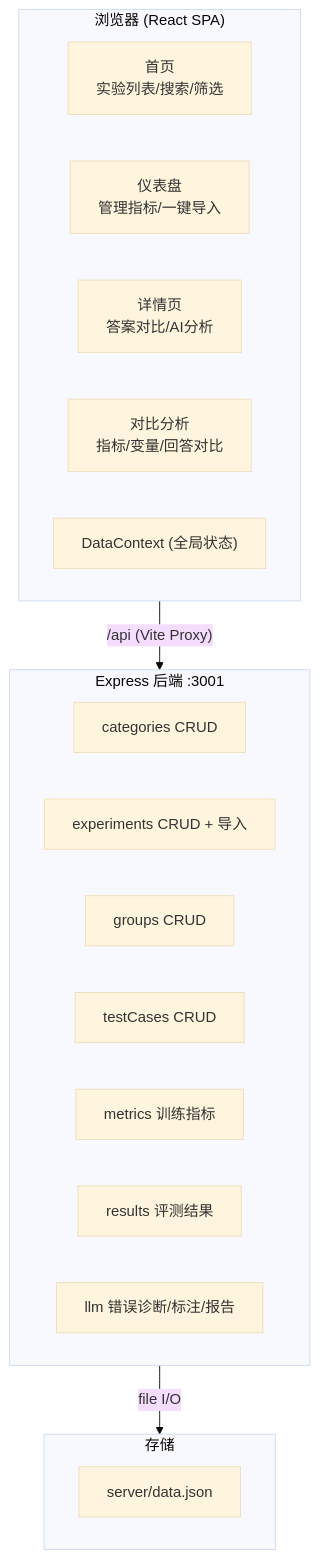
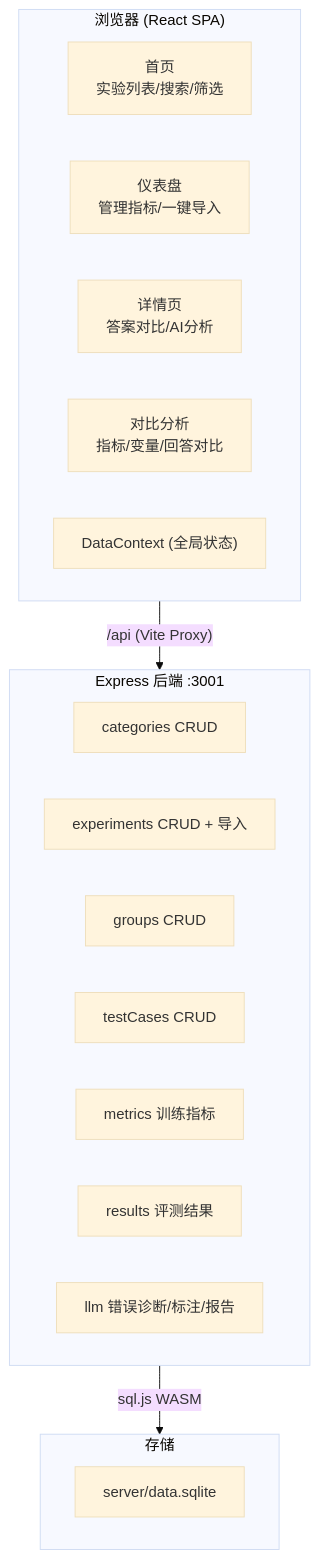
Before and after one commit to Haoguozhichi/corpus_dashboard: the first of 4 diagrams in DEVELOPMENT.md, drawn with Mermaid (base theme). The commit also changed other lines of this file and 7 other files, not shown here.

First line of the commit message:
feat: SQLite存储升级(sql.js WASM) + ComparePage hooks修复 + 文档更新

````diff
--- a/DEVELOPMENT.md
+++ b/DEVELOPMENT.md
@@ -41,27 +41,27 @@
 ```mermaid
 graph TB
     subgraph Browser["浏览器 (React SPA)"]
         Home["首页<br/>实验列表/搜索/筛选"]
         Dashboard["仪表盘<br/>管理指标/一键导入"]
         Detail["详情页<br/>答案对比/AI分析"]
         Compare["对比分析<br/>指标/变量/回答对比"]
         Context["DataContext (全局状态)"]
     end
     
     subgraph Backend["Express 后端 :3001"]
         Cats["categories CRUD"]
         Exps["experiments CRUD + 导入"]
         Grps["groups CRUD"]
         Tests["testCases CRUD"]
         Metrics["metrics 训练指标"]
         Results["results 评测结果"]
         LLM["llm 错误诊断/标注/报告"]
     end
     
     subgraph Storage["存储"]
-        JSON["server/data.json"]
+        SQLite["server/data.sqlite"]
     end
     
     Browser -->|"/api (Vite Proxy)"| Backend
-    Backend -->|"file I/O"| Storage
+    Backend -->|"sql.js WASM"| Storage
 ```
````
